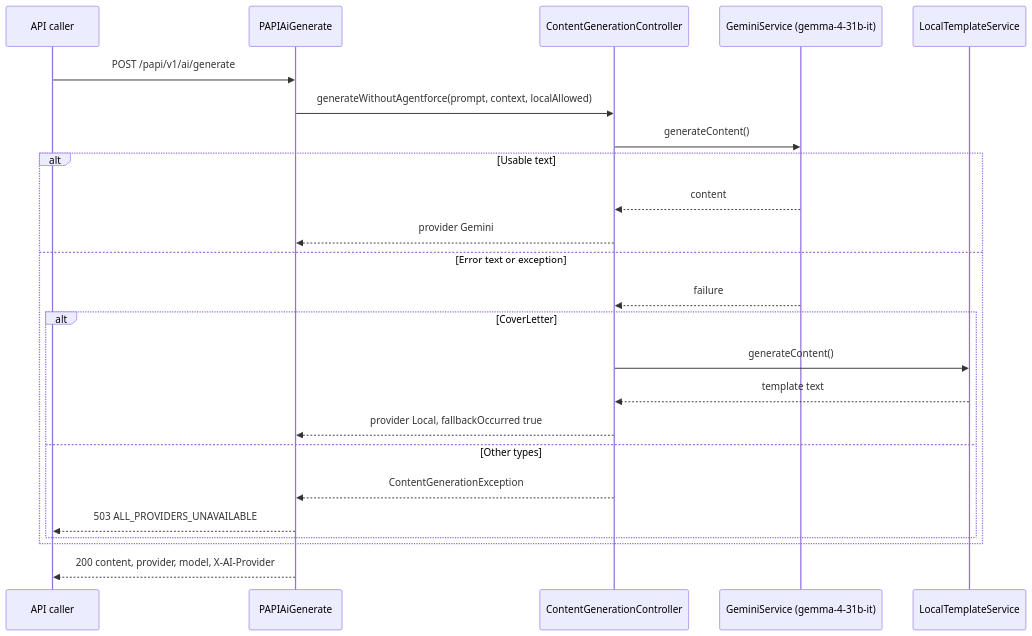
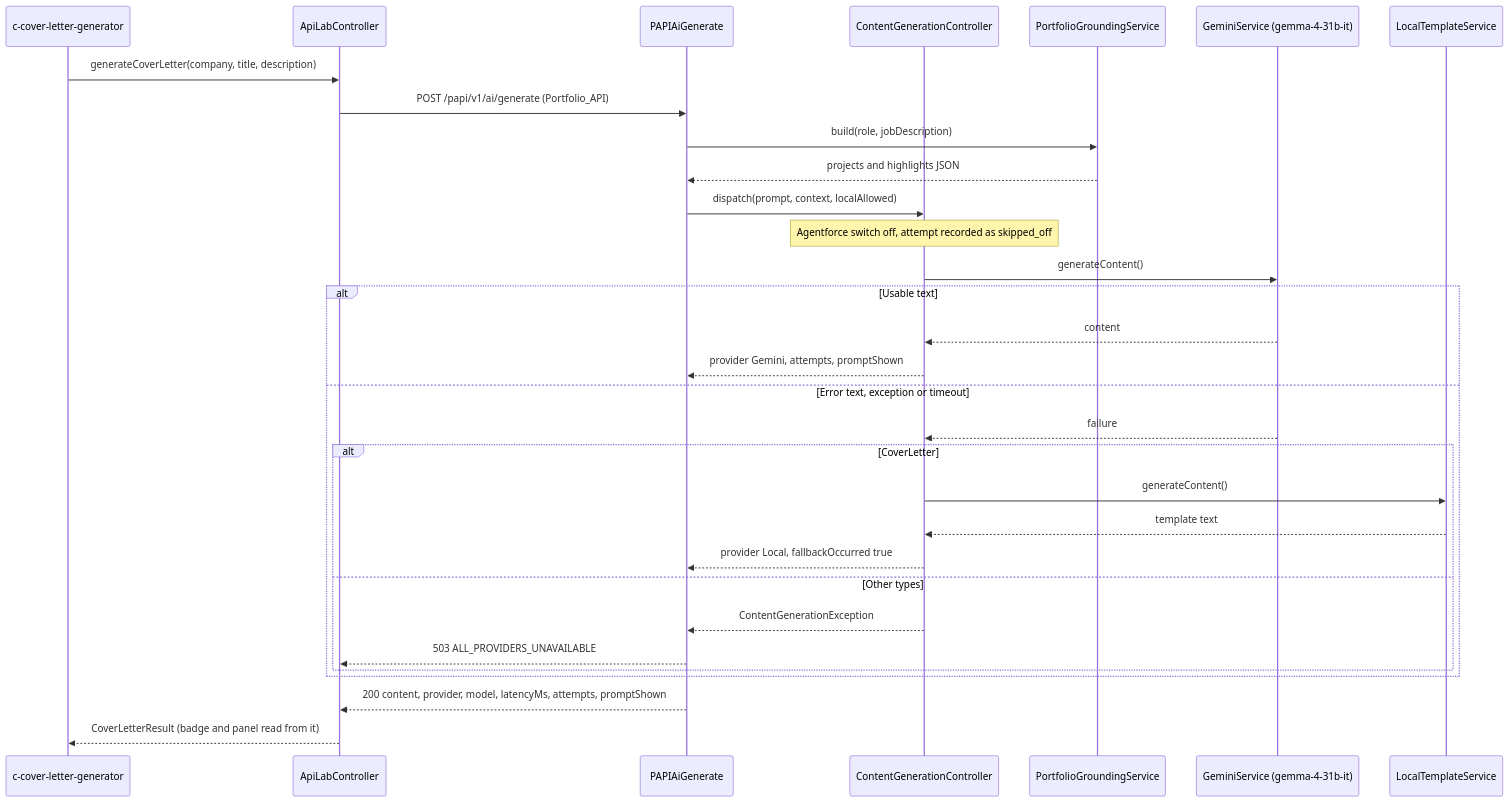
One commit to rdbumstead/salesforce-platform-architect-portfolio changed the fourth of 5 diagrams in docs/guides/03-SAS.md. Above: the diagram before and after it, drawn with Mermaid. The commit also changed other lines of this file and 3 other files, not shown here.

First line of the commit message:
docs(ai): describe the single dispatch, the Agentforce switch and the cover letter proxy

````diff
--- a/docs/guides/03-SAS.md
+++ b/docs/guides/03-SAS.md
@@ -392,27 +392,34 @@
 ```mermaid
 sequenceDiagram
-    participant Client as API caller
+    participant Page as c-cover-letter-generator
+    participant Proxy as ApiLabController
     participant API as PAPIAiGenerate
     participant Dispatcher as ContentGenerationController
+    participant Grounding as PortfolioGroundingService
     participant Gemini as GeminiService (gemma-4-31b-it)
     participant Local as LocalTemplateService
 
-    Client->>API: POST /papi/v1/ai/generate
-    API->>Dispatcher: generateWithoutAgentforce(prompt, context, localAllowed)
+    Page->>Proxy: generateCoverLetter(company, title, description)
+    Proxy->>API: POST /papi/v1/ai/generate (Portfolio_API)
+    API->>Grounding: build(role, jobDescription)
+    Grounding-->>API: projects and highlights JSON
+    API->>Dispatcher: dispatch(prompt, context, localAllowed)
+    Note over Dispatcher: Agentforce switch off, attempt recorded as skipped_off
     Dispatcher->>Gemini: generateContent()
     alt Usable text
         Gemini-->>Dispatcher: content
-        Dispatcher-->>API: provider Gemini
-    else Error text or exception
+        Dispatcher-->>API: provider Gemini, attempts, promptShown
+    else Error text, exception or timeout
         Gemini-->>Dispatcher: failure
         alt CoverLetter
             Dispatcher->>Local: generateContent()
             Local-->>Dispatcher: template text
             Dispatcher-->>API: provider Local, fallbackOccurred true
         else Other types
             Dispatcher-->>API: ContentGenerationException
-            API-->>Client: 503 ALL_PROVIDERS_UNAVAILABLE
+            API-->>Proxy: 503 ALL_PROVIDERS_UNAVAILABLE
         end
     end
-    API-->>Client: 200 content, provider, model, X-AI-Provider
+    API-->>Proxy: 200 content, provider, model, latencyMs, attempts, promptShown
+    Proxy-->>Page: CoverLetterResult (badge and panel read from it)
 ```
````
